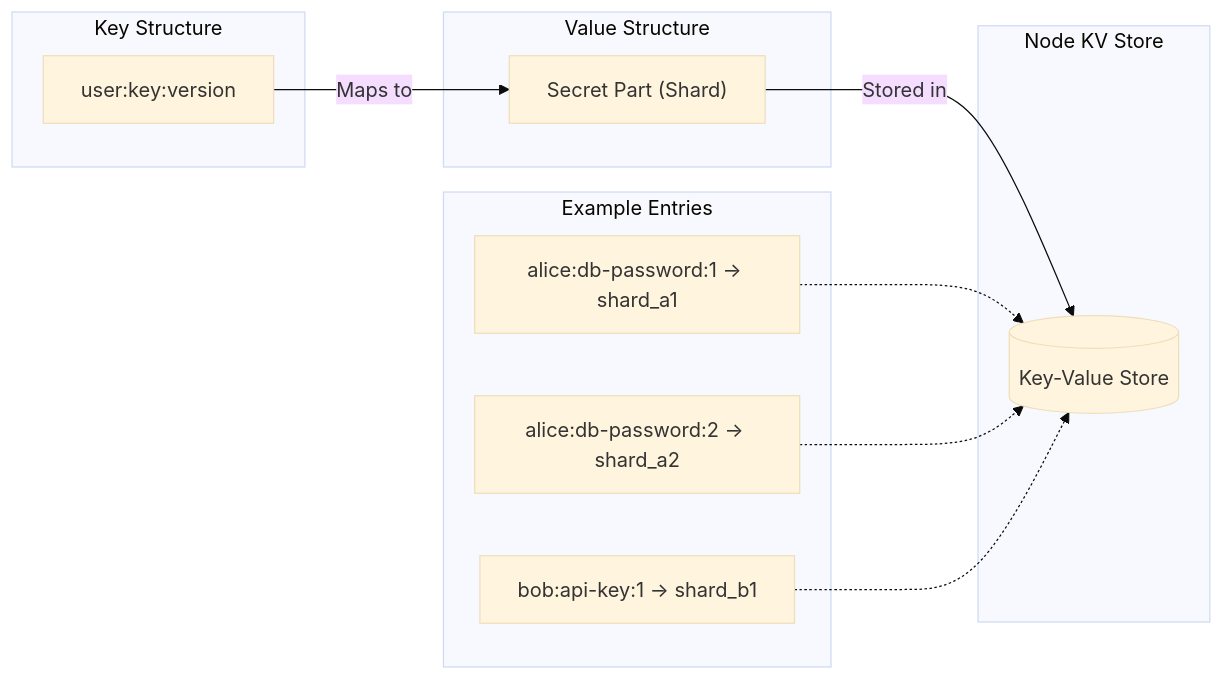
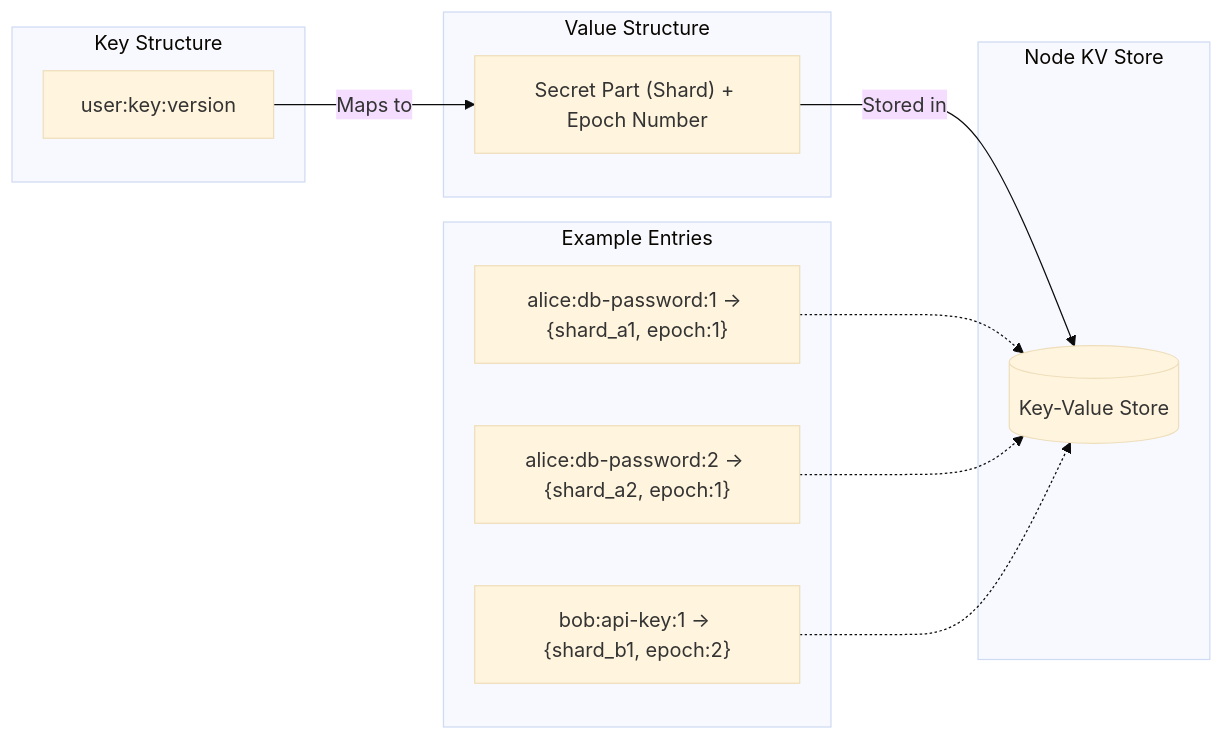
One commit to S26-Distributed-Capstone/DistributedSecretsVault changed the sixth of 7 diagrams in docs/architecture.md. Above: the diagram before and after it, drawn with Mermaid (base theme). The commit also changed 1 other file, not shown here.

Commit message:
docs: add epoch-based stale shard detection for re-creation of previously deleted secrets
Agent-Logs-Url: https://github.com/S26-Distributed-Capstone/DistributedSecretsVault/sessions/fb93acaa-69c1-4b01-a217-200aae31ab9f

````diff
--- a/docs/architecture.md
+++ b/docs/architecture.md
@@ -157,27 +157,27 @@
 ```mermaid
 graph LR
     subgraph "Node KV Store"
         KV[(Key-Value Store)]
     end
 
     subgraph "Key Structure"
         Key["user:key:version"]
     end
 
     subgraph "Value Structure"
-        Value["Secret Part (Shard)"]
+        Value["Secret Part (Shard) + Epoch Number"]
     end
 
     Key -->|Maps to| Value
     Value -->|Stored in| KV
 
     subgraph "Example Entries"
-        E1["alice:db-password:1 → shard_a1"]
-        E2["alice:db-password:2 → shard_a2"]
-        E3["bob:api-key:1 → shard_b1"]
+        E1["alice:db-password:1 → {shard_a1, epoch:1}"]
+        E2["alice:db-password:2 → {shard_a2, epoch:1}"]
+        E3["bob:api-key:1 → {shard_b1, epoch:2}"]
     end
 
     E1 -.-> KV
     E2 -.-> KV
     E3 -.-> KV
 ```
````
